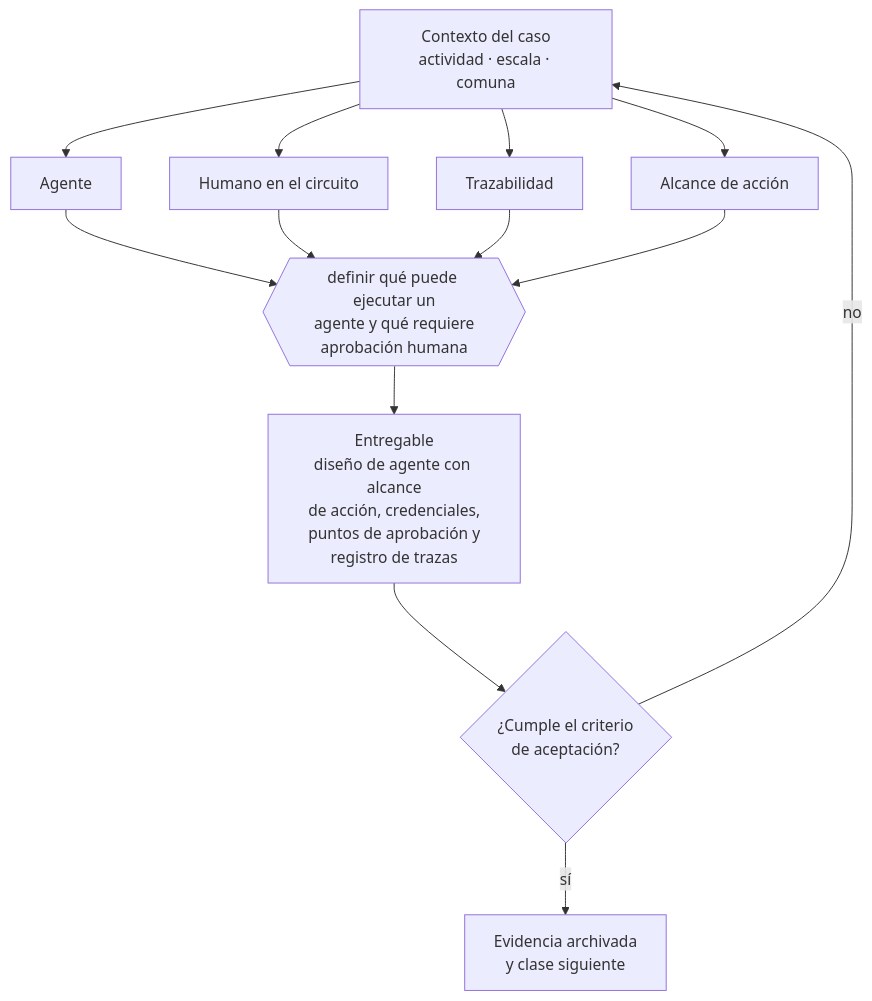
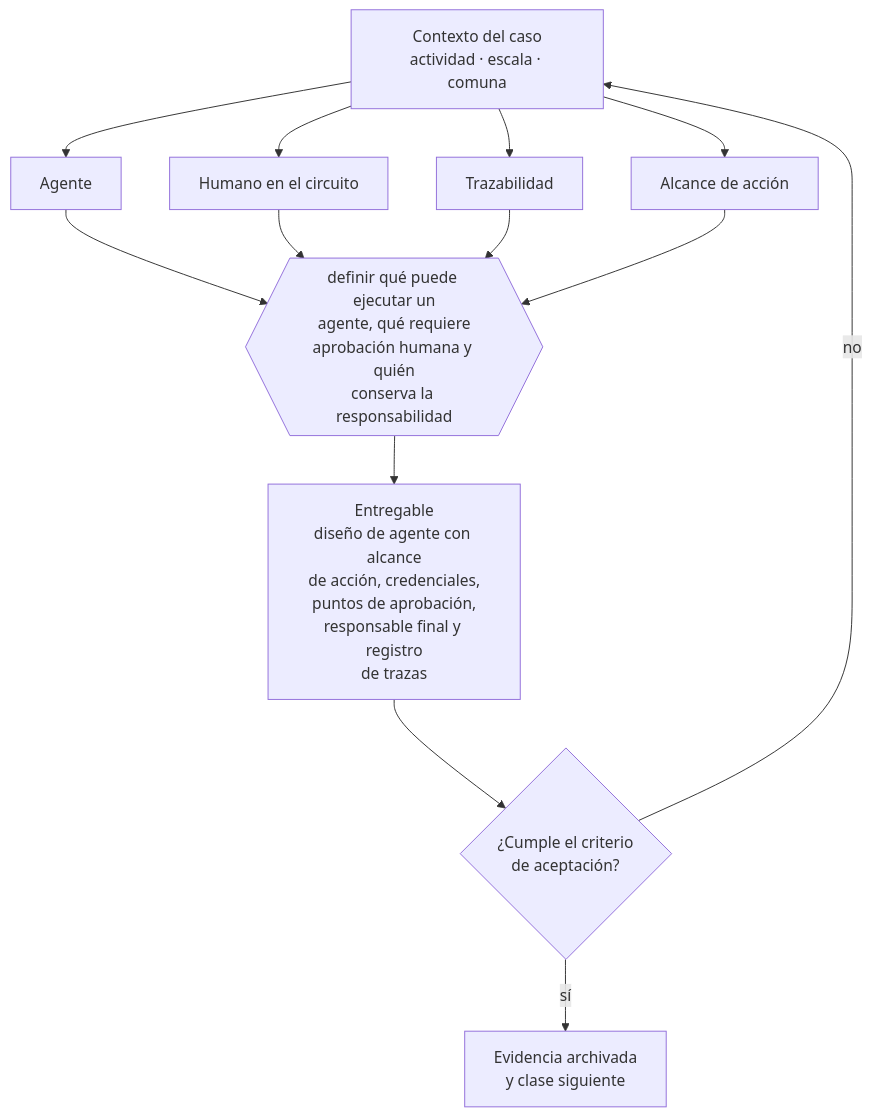
The diagram in curriculum/part-15-tecnologia-datos-ia-y-operacion-digital/class-12-agentes-de-ia-con-humano-en-el-circuito/README.md (vladimiracunadev-create/modern-business-creation-program), drawn with Mermaid before and after one commit. The commit also changed other lines of this file and 33 other files, not shown here.

````diff
--- a/curriculum/part-15-tecnologia-datos-ia-y-operacion-digital/class-12-agentes-de-ia-con-humano-en-el-circuito/README.md
+++ b/curriculum/part-15-tecnologia-datos-ia-y-operacion-digital/class-12-agentes-de-ia-con-humano-en-el-circuito/README.md
@@ -34,13 +34,13 @@
 ```mermaid
 flowchart TB
     C["Contexto del caso<br/>actividad · escala · comuna"]
     C --> A1["Agente"]
     C --> A2["Humano en el circuito"]
     C --> A3["Trazabilidad"]
     C --> A4["Alcance de acción"]
-    A1 & A2 & A3 & A4 --> D{{"definir qué puede ejecutar un<br/>agente y qué requiere<br/>aprobación humana"}}
-    D --> E["Entregable<br/>diseño de agente con alcance<br/>de acción, credenciales,<br/>puntos de aprobación y<br/>registro de trazas"]
+    A1 & A2 & A3 & A4 --> D{{"definir qué puede ejecutar un<br/>agente, qué requiere<br/>aprobación humana y quién<br/>conserva la responsabilidad"}}
+    D --> E["Entregable<br/>diseño de agente con alcance<br/>de acción, credenciales,<br/>puntos de aprobación,<br/>responsable final y registro<br/>de trazas"]
     E --> V{"¿Cumple el criterio<br/>de aceptación?"}
     V -->|sí| S["Evidencia archivada<br/>y clase siguiente"]
     V -->|no| C
 ```
````
